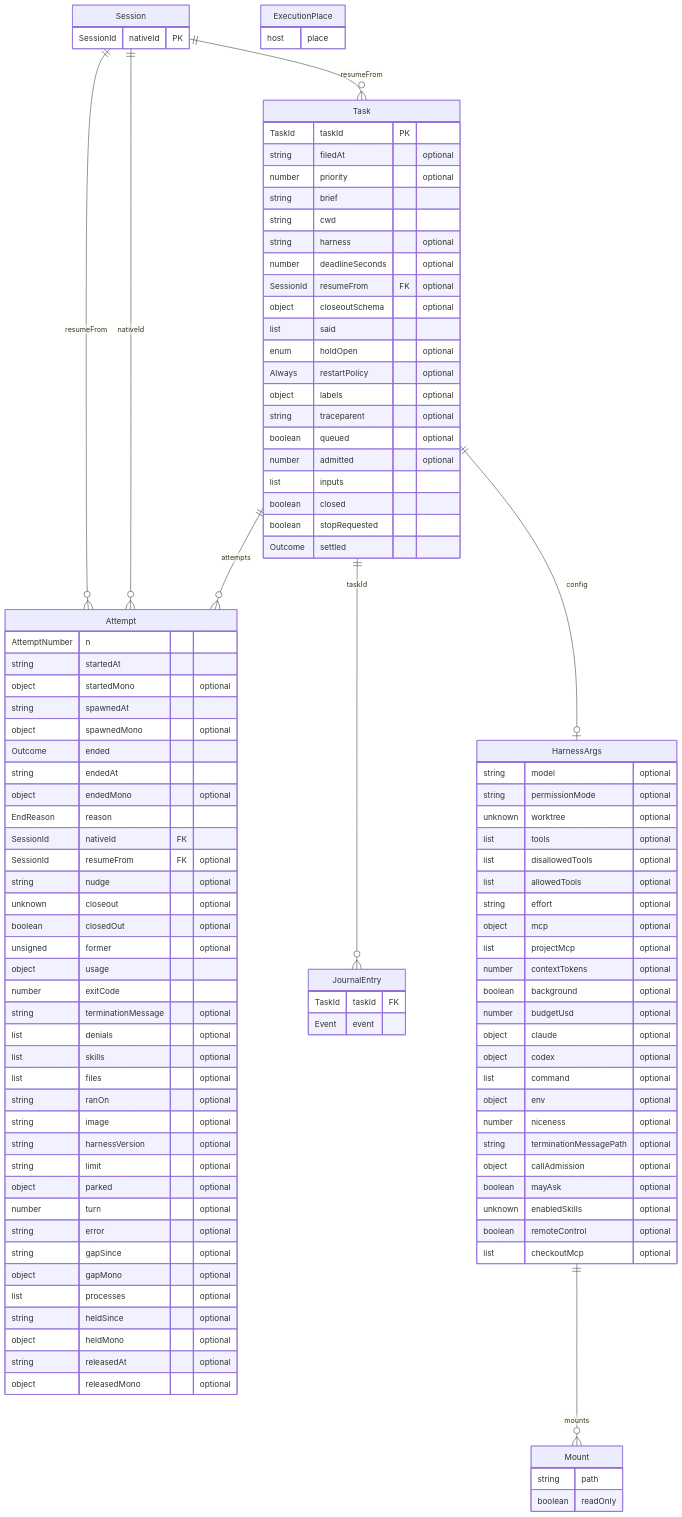
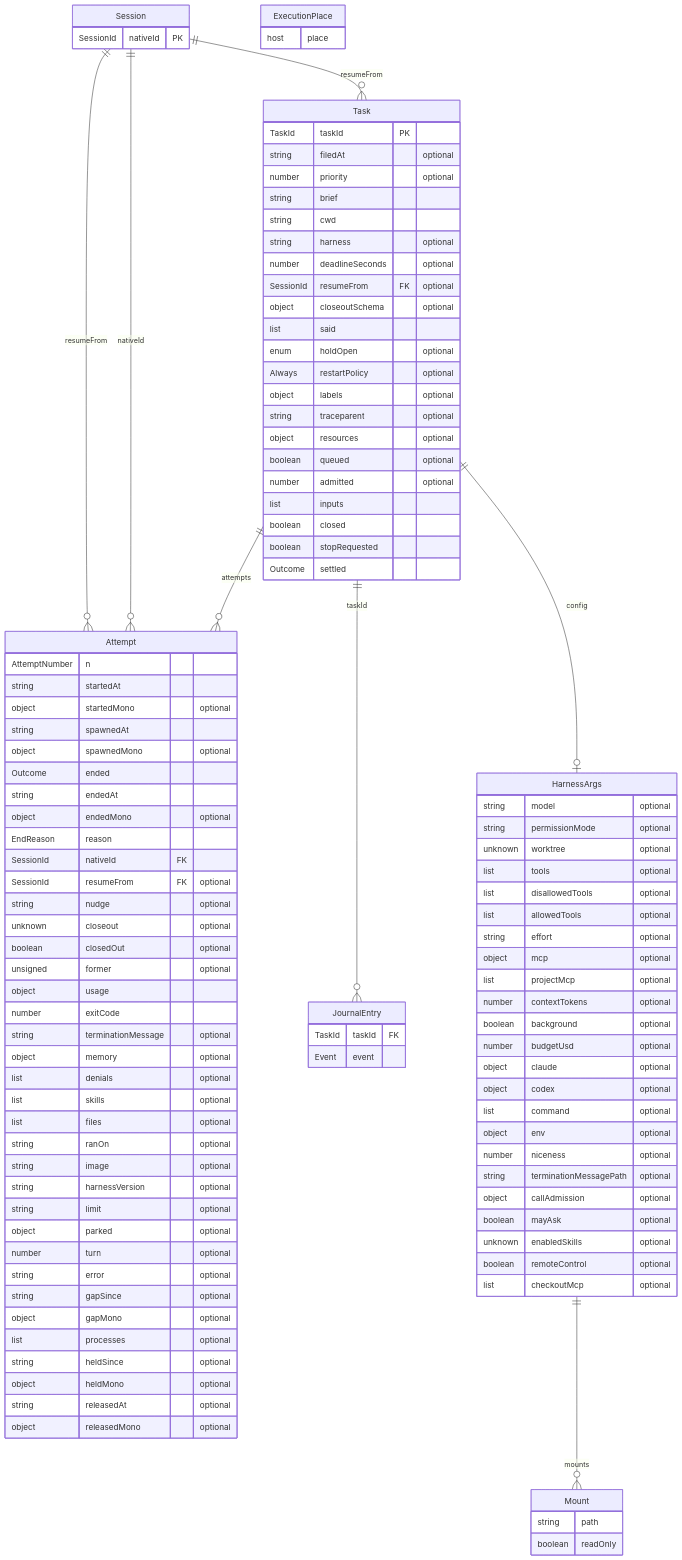
One commit to emyann/nemia changed the diagram in packages/agent-runtime/docs/model.md. Above: the diagram before and after it, drawn with Mermaid. The commit also changed 30 other files, not shown here.

```diff
--- a/packages/agent-runtime/docs/model.md
+++ b/packages/agent-runtime/docs/model.md
@@ -36,6 +36,7 @@
     Always restartPolicy "optional"
     object labels "optional"
     string traceparent "optional"
+    object resources "optional"
     boolean queued "optional"
     number admitted "optional"
     list inputs
@@ -62,6 +63,7 @@
     object usage
     number exitCode
     string terminationMessage "optional"
+    object memory "optional"
     list denials "optional"
     list skills "optional"
     list files "optional"
```
